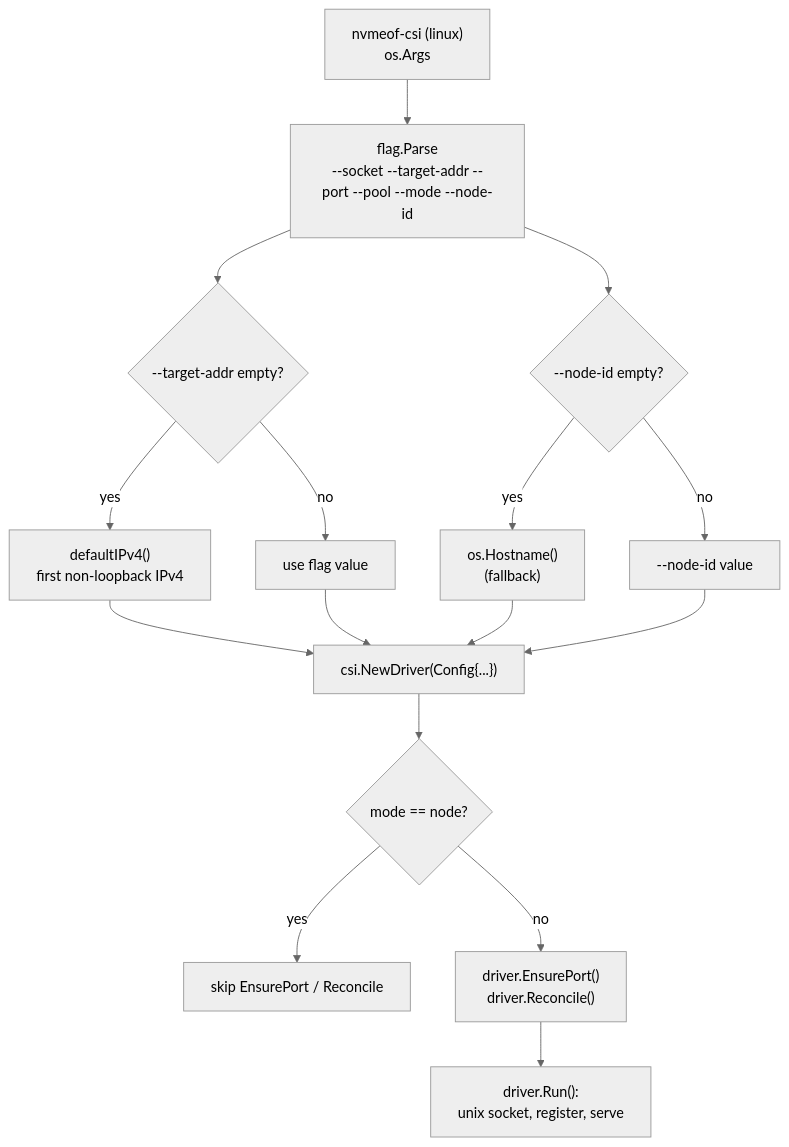
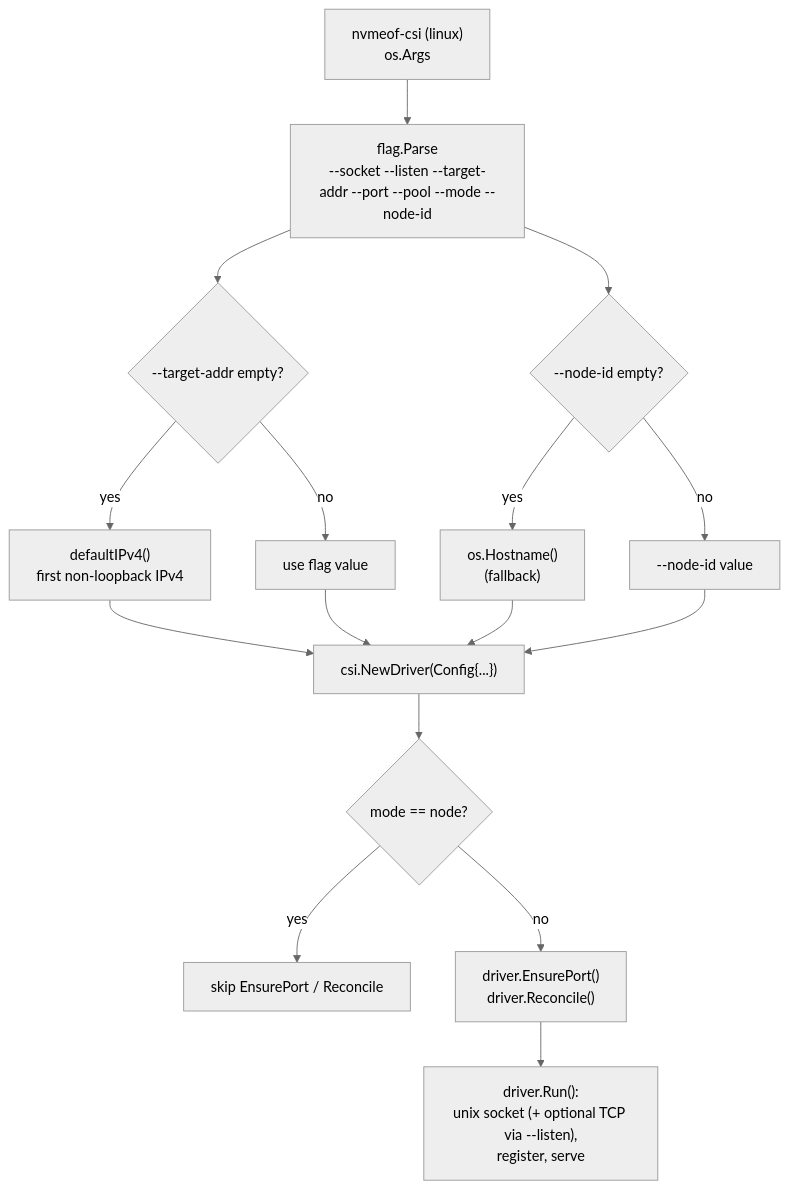
One commit to timpa0130/nvmeof-csi changed the diagram in design/csi-main-design.md. Above: the diagram before and after it, drawn with Mermaid (neutral theme). The commit also changed other lines of this file and 9 other files, not shown here.

First line of the commit message:
feat: serve gRPC over TCP; fix kubelet-facing chart wiring

````diff
--- a/design/csi-main-design.md
+++ b/design/csi-main-design.md
@@ -10,18 +10,18 @@
 ```mermaid
 flowchart TD
-    START["nvmeof-csi (linux)<br/>os.Args"] --> PARSE["flag.Parse<br/>--socket --target-addr --port --pool --mode --node-id"]
+    START["nvmeof-csi (linux)<br/>os.Args"] --> PARSE["flag.Parse<br/>--socket --listen --target-addr --port --pool --mode --node-id"]
     PARSE --> TADDR{"--target-addr empty?"}
     TADDR -->|"yes"| AUTO["defaultIPv4()<br/>first non-loopback IPv4"]
     TADDR -->|"no"| USE["use flag value"]
     AUTO --> NEW["csi.NewDriver(Config{...})"]
     USE --> NEW
     PARSE --> NODEID{"--node-id empty?"}
     NODEID -->|"yes"| HOST["os.Hostname()<br/>(fallback)"]
     NODEID -->|"no"| NODEIDVAL["--node-id value"]
     HOST --> NEW
     NODEIDVAL --> NEW
     NEW --> MODE{"mode == node?"}
     MODE -->|"yes"| SKIP["skip EnsurePort / Reconcile"]
     MODE -->|"no"| RUN["driver.EnsurePort()<br/>driver.Reconcile()"]
-    RUN --> LISTEN["driver.Run():<br/>unix socket, register, serve"]
+    RUN --> LISTEN["driver.Run():<br/>unix socket (+ optional TCP via --listen),<br/>register, serve"]
 ```
````
